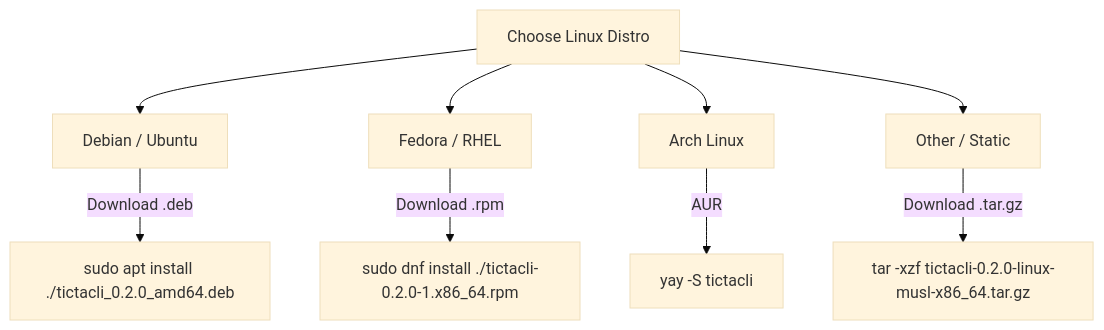
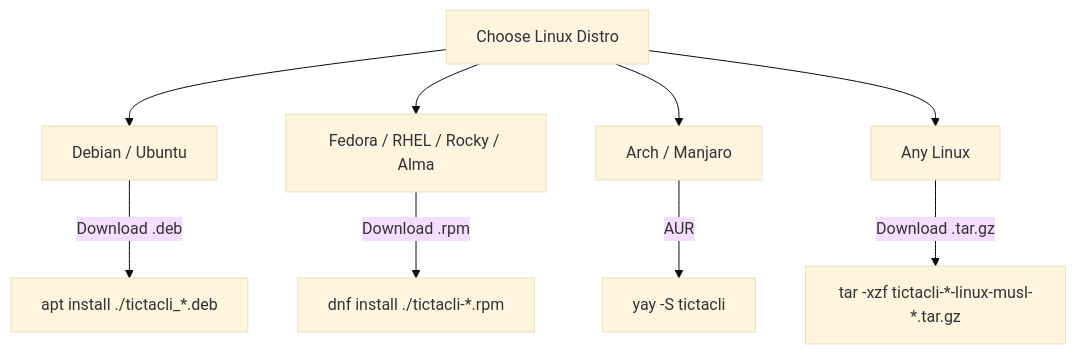
Before and after one commit to CodeAlchemy-Labs/tictactoe-rs: the second of 3 diagrams in docs/INSTALLATION.md, drawn with Mermaid (base theme). The commit also changed other lines of this file and 5 other files, not shown here.

````diff
--- a/docs/INSTALLATION.md
+++ b/docs/INSTALLATION.md
@@ -86,11 +77,11 @@
 ```mermaid
 flowchart TD
     Start[Choose Linux Distro] --> Debian[Debian / Ubuntu]
-    Start --> RedHat[Fedora / RHEL]
-    Start --> Arch[Arch Linux]
-    Start --> Other[Other / Static]
-    Debian -->|Download .deb| CmdDeb[sudo apt install ./tictacli_0.2.0_amd64.deb]
-    RedHat -->|Download .rpm| CmdRpm[sudo dnf install ./tictacli-0.2.0-1.x86_64.rpm]
+    Start --> RedHat[Fedora / RHEL / Rocky / Alma]
+    Start --> Arch[Arch / Manjaro]
+    Start --> Other[Any Linux]
+    Debian -->|Download .deb| CmdDeb[apt install ./tictacli_*.deb]
+    RedHat -->|Download .rpm| CmdRpm[dnf install ./tictacli-*.rpm]
     Arch -->|AUR| CmdArch[yay -S tictacli]
-    Other -->|Download .tar.gz| CmdTar[tar -xzf tictacli-0.2.0-linux-musl-x86_64.tar.gz]
+    Other -->|Download .tar.gz| CmdTar[tar -xzf tictacli-*-linux-musl-*.tar.gz]
 ```
````
